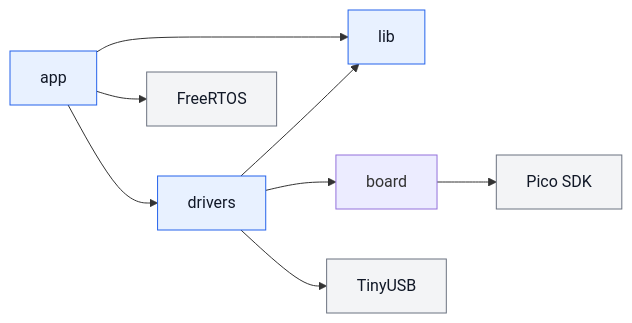
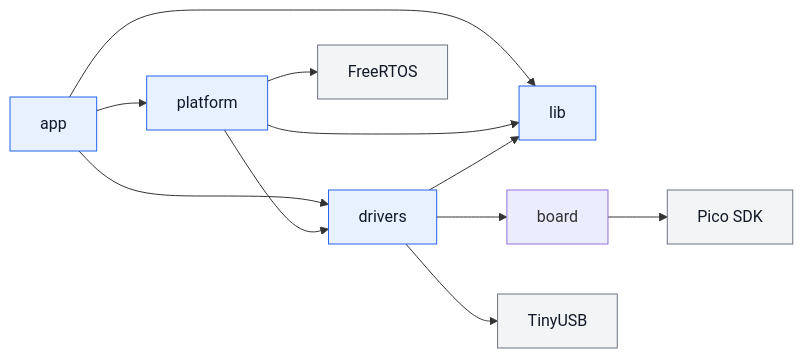
The diagram in docs/designs/architecture.md (starkensan/usb_midi_pedal), drawn with Mermaid before and after one commit. The commit also changed other lines of this file and 16 other files, not shown here.

````diff
--- a/docs/designs/architecture.md
+++ b/docs/designs/architecture.md
@@ -85,15 +99,18 @@
 ```mermaid
 flowchart LR
     app[app] --> lib[lib]
+    app --> platform[platform]
     app --> drivers[drivers]
-    app --> freertos[FreeRTOS]
+    platform --> lib
+    platform --> drivers
+    platform --> freertos[FreeRTOS]
     drivers --> lib
     drivers --> board[board]
     board --> pico[Pico SDK]
     drivers --> tinyusb[TinyUSB]
 
     classDef internal fill:#e8f1ff,stroke:#2563eb,color:#111827
     classDef external fill:#f3f4f6,stroke:#6b7280,color:#111827
-    class app,lib,drivers internal
+    class app,lib,platform,drivers internal
     class freertos,pico,tinyusb external
 ```
````
